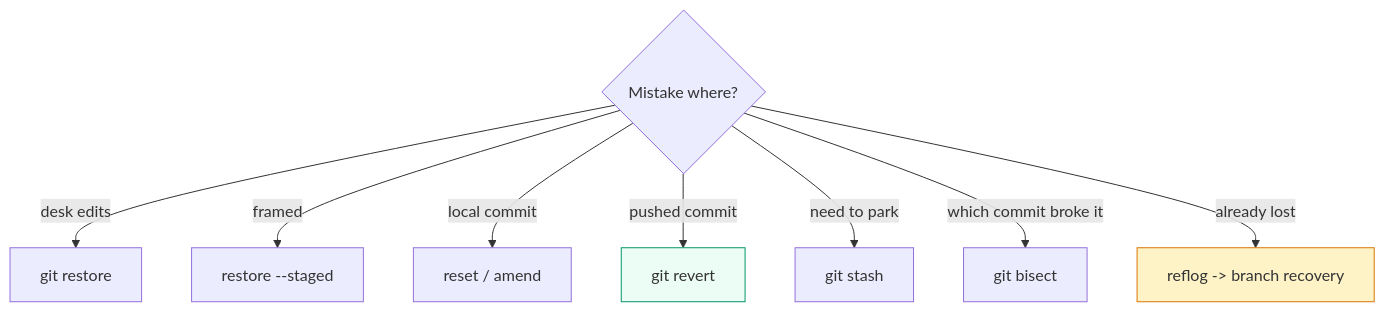
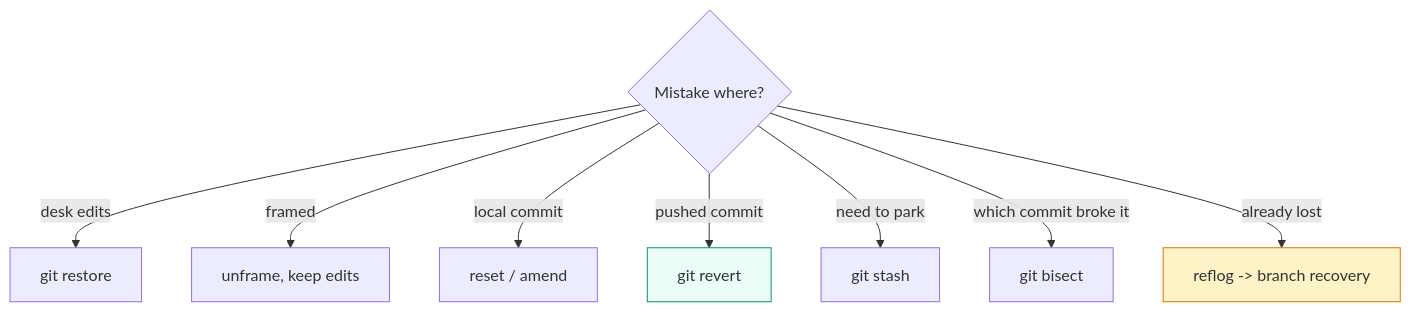
The diagram in DevOps/Git/notes/05-Undo-Recovery.md (lakshay-goyal/learning-phase), drawn with Mermaid before and after one commit. The commit also changed other lines of this file and 39 other files, not shown here.

````diff
--- a/DevOps/Git/notes/05-Undo-Recovery.md
+++ b/DevOps/Git/notes/05-Undo-Recovery.md
@@ -82,12 +89,12 @@
 ```mermaid
 flowchart TD
   Q{Mistake where?} -->|desk edits| R1[git restore]
-  Q -->|framed| R2[restore --staged]
+  Q -->|framed| R2[unframe, keep edits]
   Q -->|local commit| R3[reset / amend]
   Q -->|pushed commit| R4[git revert]
   Q -->|need to park| R5[git stash]
   Q -->|which commit broke it| R6[git bisect]
   Q -->|already lost| R7[reflog -> branch recovery]
   style R4 fill:#ecfdf5,stroke:#059669
   style R7 fill:#fef3c7,stroke:#d97706
 ```
````
